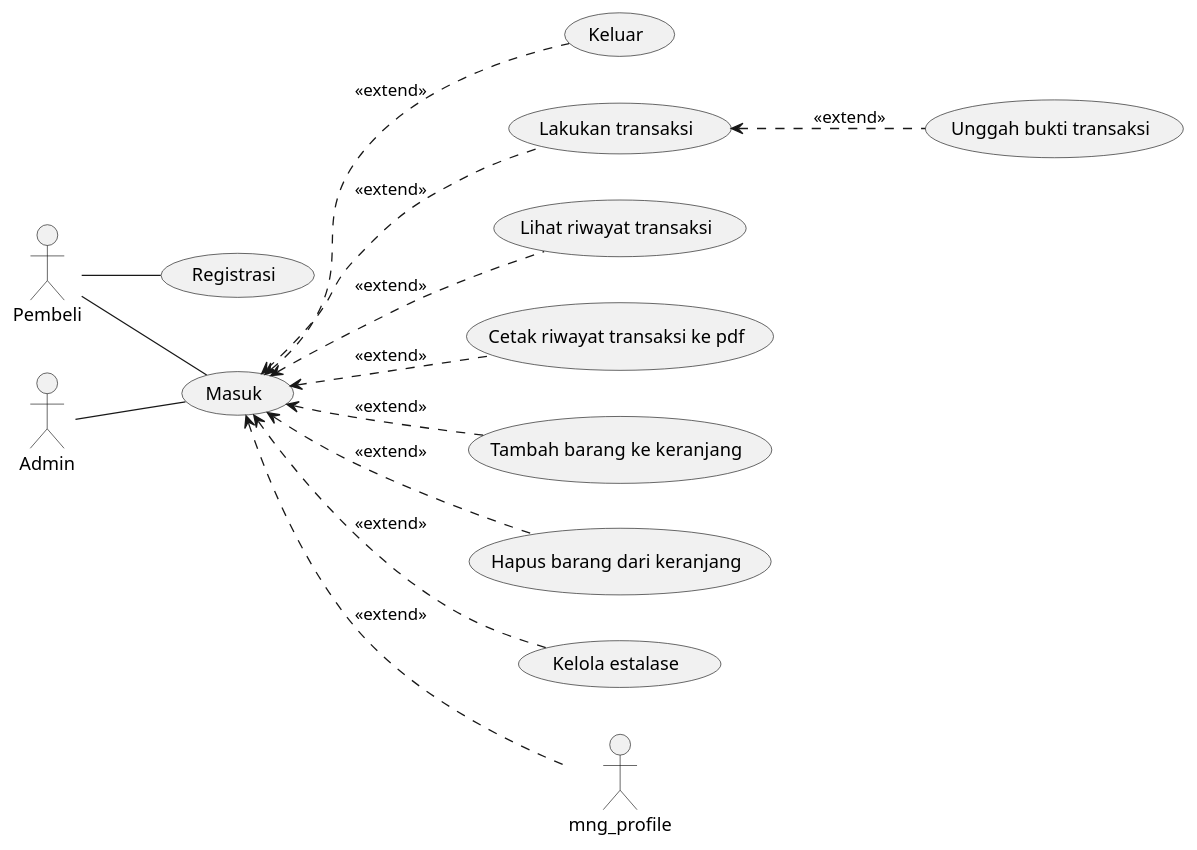
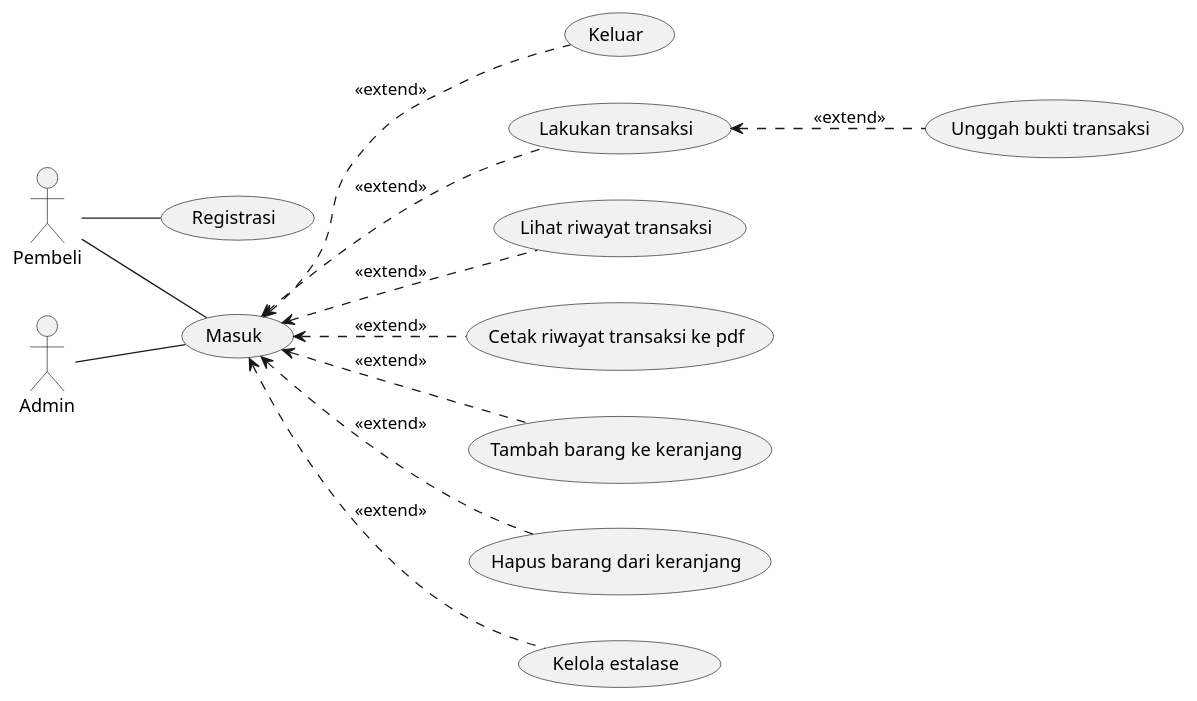
One commit to stnDinus/skpl_apbo_diagrams changed the diagram in use_case.puml. Above: the diagram before and after it, drawn with PlantUML.

Commit message:
fix: remove mng_cart

```diff
--- a/use_case.puml
+++ b/use_case.puml
@@ -1,35 +1,34 @@
 @startuml
 left to right direction
 
 actor Pembeli as usr
 actor Admin as root
 
 (Masuk) as signin
 (Registrasi) as signup
 (Keluar) as signout
 (Lakukan transaksi) as trx
 (Unggah bukti transaksi) as up_trx_receipt
 (Lihat riwayat transaksi) as trx_history
 (Cetak riwayat transaksi ke pdf) as pdf_trx_history
 (Tambah barang ke keranjang) as add_cart
 (Hapus barang dari keranjang) as del_cart
 (Kelola estalase) as stock
 
 usr -- signin
 usr -- signup
 
 root -- signin
 
 signin <.. trx: <<extend>>
 signin <.. trx_history: <<extend>>
 signin <.. pdf_trx_history: <<extend>>
 signin <.. add_cart: <<extend>>
 signin <.. del_cart: <<extend>>
-signin <.. mng_profile: <<extend>>
 signin <.. signout: <<extend>>
 
 trx <.. up_trx_receipt: <<extend>>
 
 signin <.. stock: <<extend>>
 
 @enduml
```
